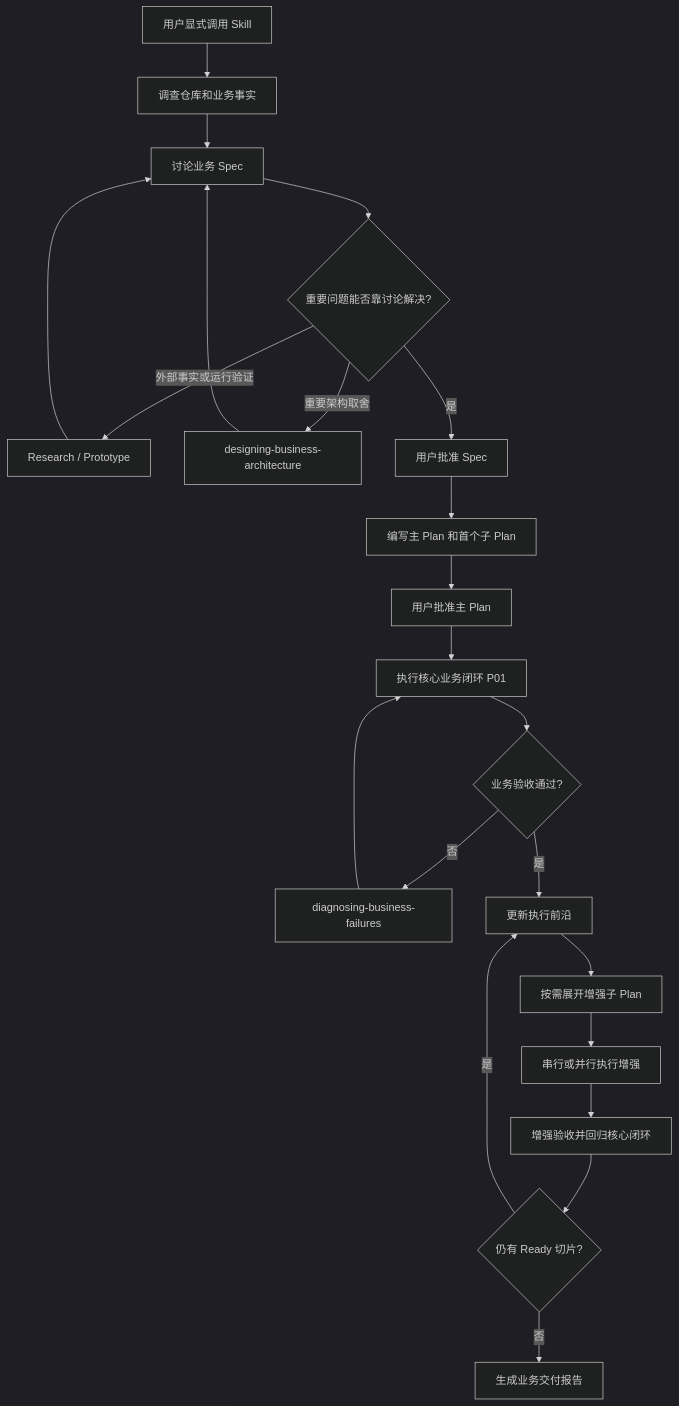
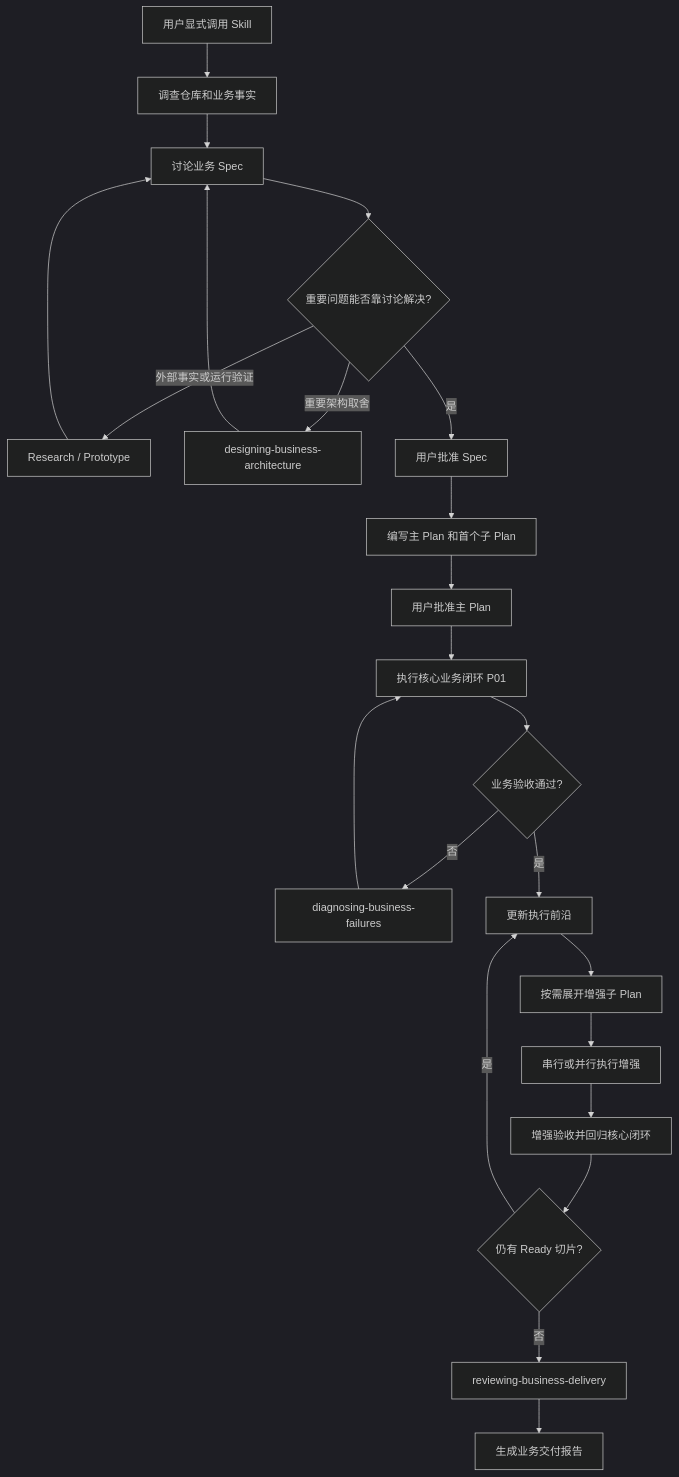
The diagram in SKILL-WORKFLOW.md (JeckChen666/Easypower), drawn with Mermaid (dark theme) before and after one commit. The commit also changed 11 other files, not shown here.

Commit message:
feat: add business delivery review skill

````diff
--- a/SKILL-WORKFLOW.md
+++ b/SKILL-WORKFLOW.md
@@ -25,24 +25,25 @@
 ```mermaid
 flowchart TD
     A[用户显式调用 Skill] --> B[调查仓库和业务事实]
     B --> C[讨论业务 Spec]
     C --> D{重要问题能否靠讨论解决?}
     D -- 外部事实或运行验证 --> E[Research / Prototype]
     D -- 重要架构取舍 --> E2[designing-business-architecture]
     E --> C
     E2 --> C
     D -- 是 --> F[用户批准 Spec]
     F --> G[编写主 Plan 和首个子 Plan]
     G --> H[用户批准主 Plan]
     H --> I[执行核心业务闭环 P01]
     I --> J{业务验收通过?}
     J -- 否 --> K[diagnosing-business-failures]
     K --> I
     J -- 是 --> L[更新执行前沿]
     L --> M[按需展开增强子 Plan]
     M --> N[串行或并行执行增强]
     N --> O[增强验收并回归核心闭环]
     O --> P{仍有 Ready 切片?}
     P -- 是 --> L
-    P -- 否 --> Q[生成业务交付报告]
+    P -- 否 --> V[reviewing-business-delivery]
+    V --> Q[生成业务交付报告]
 ```
````
